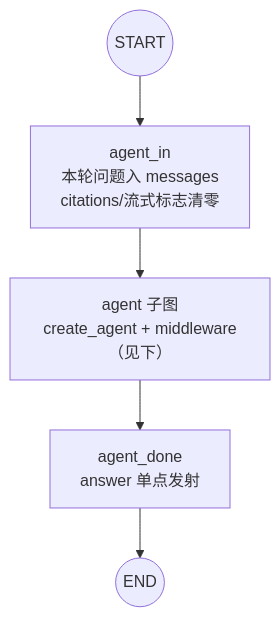
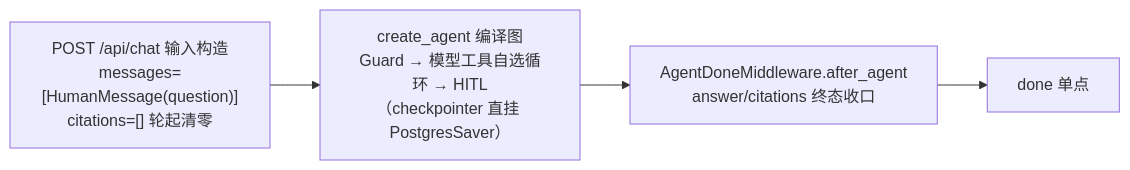
The first of 2 diagrams in docs/architecture/02-orchestration-graph.md (Thekshy/gewu), drawn with Mermaid before and after one commit. The commit also changed other lines of this file and 10 other files, not shown here.

````diff
--- a/docs/architecture/02-orchestration-graph.md
+++ b/docs/architecture/02-orchestration-graph.md
@@ -7,4 +9,4 @@
 ```mermaid
-flowchart TB
-    START((START)) --> AIN[agent_in<br/>本轮问题入 messages<br/>citations/流式标志清零] --> AG["agent 子图<br/>create_agent + middleware（见下）"] --> AD[agent_done<br/>answer 单点发射] --> E((END))
+flowchart LR
+    IN["POST /api/chat 输入构造<br/>messages=[HumanMessage(question)]<br/>citations=[] 轮起清零"] --> AG["create_agent 编译图<br/>Guard → 模型工具自选循环 → HITL<br/>（checkpointer 直挂 PostgresSaver）"] --> OUT["AgentDoneMiddleware.after_agent<br/>answer/citations 终态收口"] --> SSE[done 单点]
 ```
````
